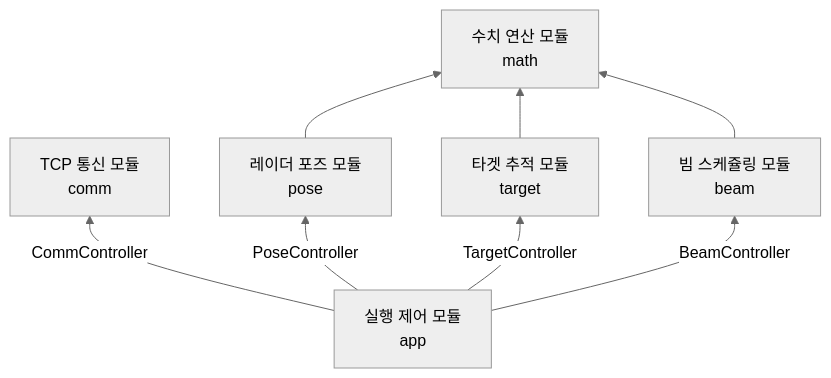
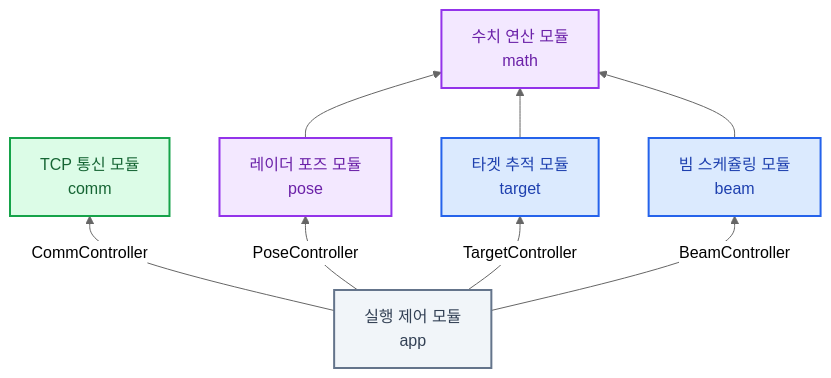
One commit to AESAlien/aesa-processor changed the first of 2 diagrams in README.md. Above: the diagram before and after it, drawn with Mermaid (neutral theme). The commit also changed other lines of this file and 6 other files, not shown here.

First line of the commit message:
docs: README의 시스템 구조와 모듈별 다이어그램 정비

````diff
--- a/README.md
+++ b/README.md
@@ -19,17 +19,27 @@
 ```mermaid
 flowchart BT
     app[실행 제어 모듈<br/>app]
     comm[TCP 통신 모듈<br/>comm]
     pose[레이더 포즈 모듈<br/>pose]
     target[타겟 추적 모듈<br/>target]
     beam[빔 스케쥴링 모듈<br/>beam]
     math[수치 연산 모듈<br/>math]
 
     app-- CommController --> comm
     app-- PoseController --> pose
     app-- TargetController --> target
     app-- BeamController --> beam
     pose --> math
     target --> math
     beam --> math
+
+    classDef communication fill:#DCFCE7,stroke:#16A34A,color:#166534,stroke-width:2px
+    classDef processing fill:#DBEAFE,stroke:#2563EB,color:#1E40AF,stroke-width:2px
+    classDef utility fill:#F3E8FF,stroke:#9333EA,color:#6B21A8,stroke-width:2px
+    classDef control fill:#F1F5F9,stroke:#64748B,color:#334155,stroke-width:2px
+
+    class comm communication
+    class target,beam processing
+    class pose,math utility
+    class app control
 ```
````
